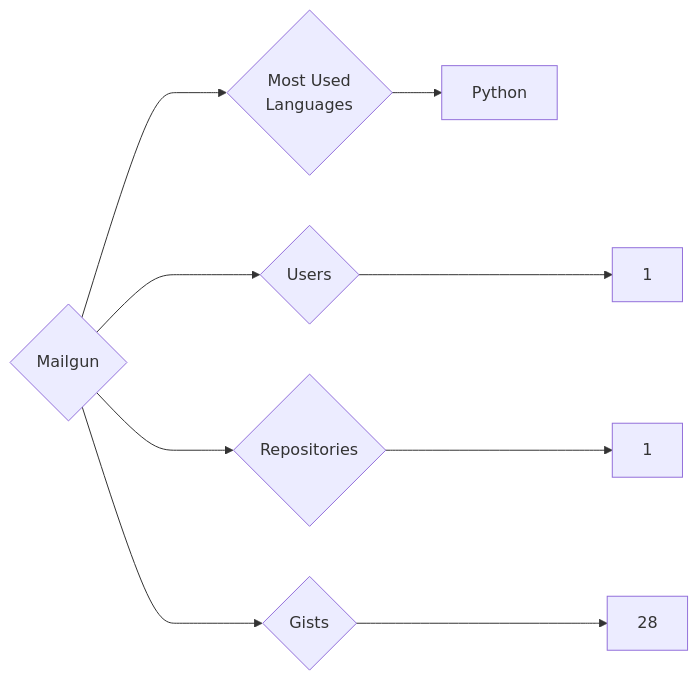
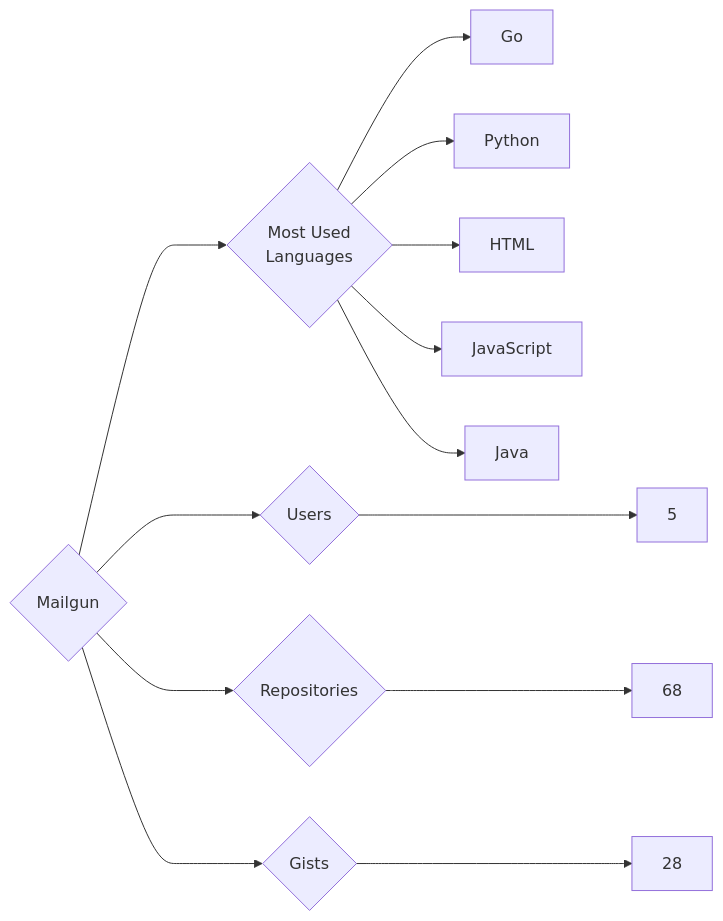
The diagram in targets/Mailgun/README.md (trickest/insiders), drawn with Mermaid before and after one commit. The commit also changed 814 other files, not shown here.

````diff
--- a/targets/Mailgun/README.md
+++ b/targets/Mailgun/README.md
@@ -3,9 +3,13 @@
 ```mermaid
 graph LR
 COMPANY_NAME{Mailgun}
-COMPANY_NAME ---> U{Users} ---> UN[1]
-COMPANY_NAME ---> R{Repositories} ---> RN[1]
+COMPANY_NAME ---> U{Users} ---> UN[5]
+COMPANY_NAME ---> R{Repositories} ---> RN[68]
 COMPANY_NAME ---> G{Gists} ---> GN[28]
 COMPANY_NAME ---> ML{Most Used<br>Languages}
+ML --> Go[Go]
 ML --> Python[Python]
+ML --> HTML[HTML]
+ML --> JavaScript[JavaScript]
+ML --> Java[Java]
 ```
````
